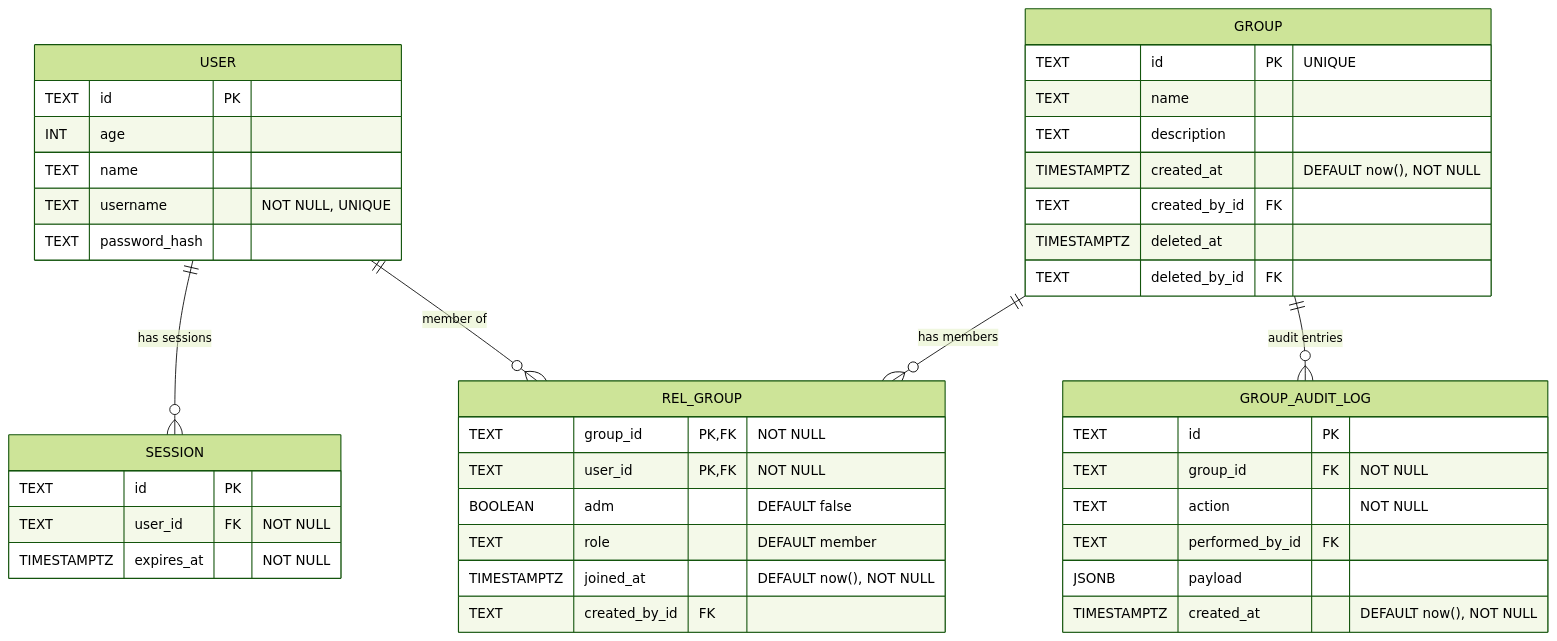
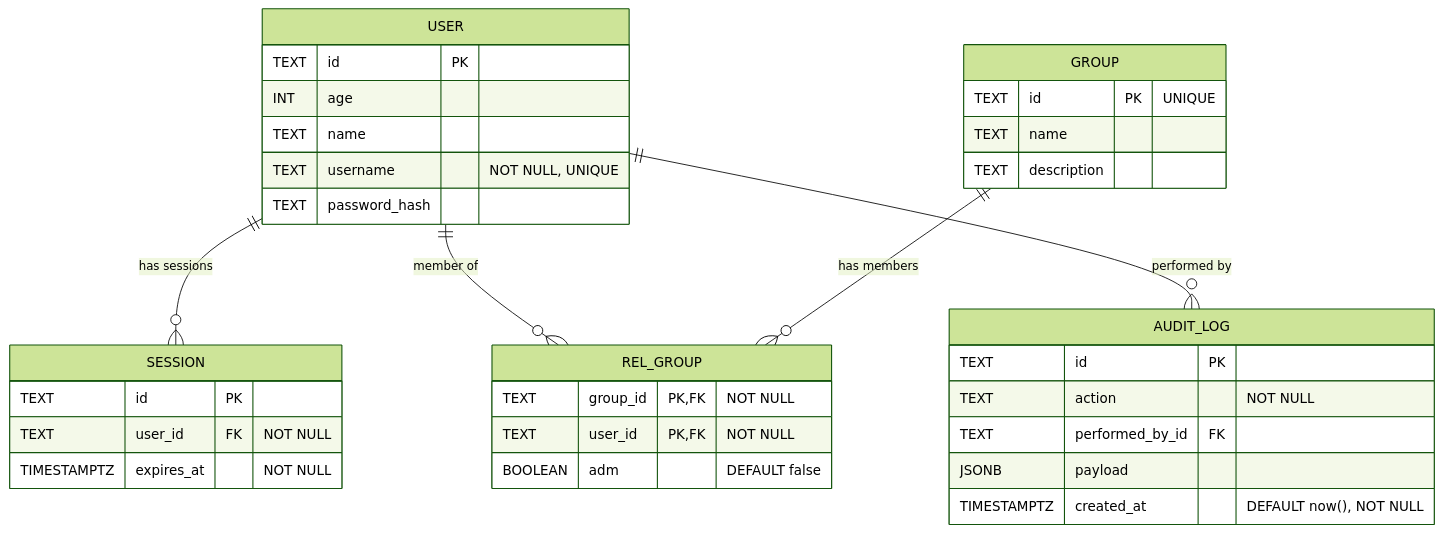
One commit to frkr/tesseract-ui changed the diagram in src/lib/db/schema.md. Above: the diagram before and after it, drawn with Mermaid (forest theme). The commit also changed other lines of this file and 10 other files, not shown here.

Commit message:
feat: Coder 5 - add audit log feature and update schema documentation

````diff
--- a/src/lib/db/schema.md
+++ b/src/lib/db/schema.md
@@ -8,49 +9,41 @@
 ```mermaid
 erDiagram
     USER {
         TEXT id PK
         INT age
         TEXT name
         TEXT username "NOT NULL, UNIQUE"
         TEXT password_hash
     }
 
     SESSION {
         TEXT id PK
         TEXT user_id FK "NOT NULL"
         TIMESTAMPTZ expires_at "NOT NULL"
     }
 
     GROUP {
         TEXT id PK "UNIQUE"
         TEXT name
         TEXT description
-        TIMESTAMPTZ created_at "DEFAULT now(), NOT NULL"
-        TEXT created_by_id FK
-        TIMESTAMPTZ deleted_at
-        TEXT deleted_by_id FK
     }
 
     REL_GROUP {
         TEXT group_id PK,FK "NOT NULL"
         TEXT user_id PK,FK "NOT NULL"
         BOOLEAN adm "DEFAULT false"
-        TEXT role "DEFAULT member"
-        TIMESTAMPTZ joined_at "DEFAULT now(), NOT NULL"
-        TEXT created_by_id FK
     }
 
-    GROUP_AUDIT_LOG {
+    AUDIT_LOG {
         TEXT id PK
-        TEXT group_id FK "NOT NULL"
         TEXT action "NOT NULL"
         TEXT performed_by_id FK
         JSONB payload
         TIMESTAMPTZ created_at "DEFAULT now(), NOT NULL"
     }
 
     USER ||--o{ SESSION : "has sessions"
     USER ||--o{ REL_GROUP : "member of"
+    USER ||--o{ AUDIT_LOG : "performed by"
     GROUP ||--o{ REL_GROUP : "has members"
-    GROUP ||--o{ GROUP_AUDIT_LOG : "audit entries"
 ```
````
